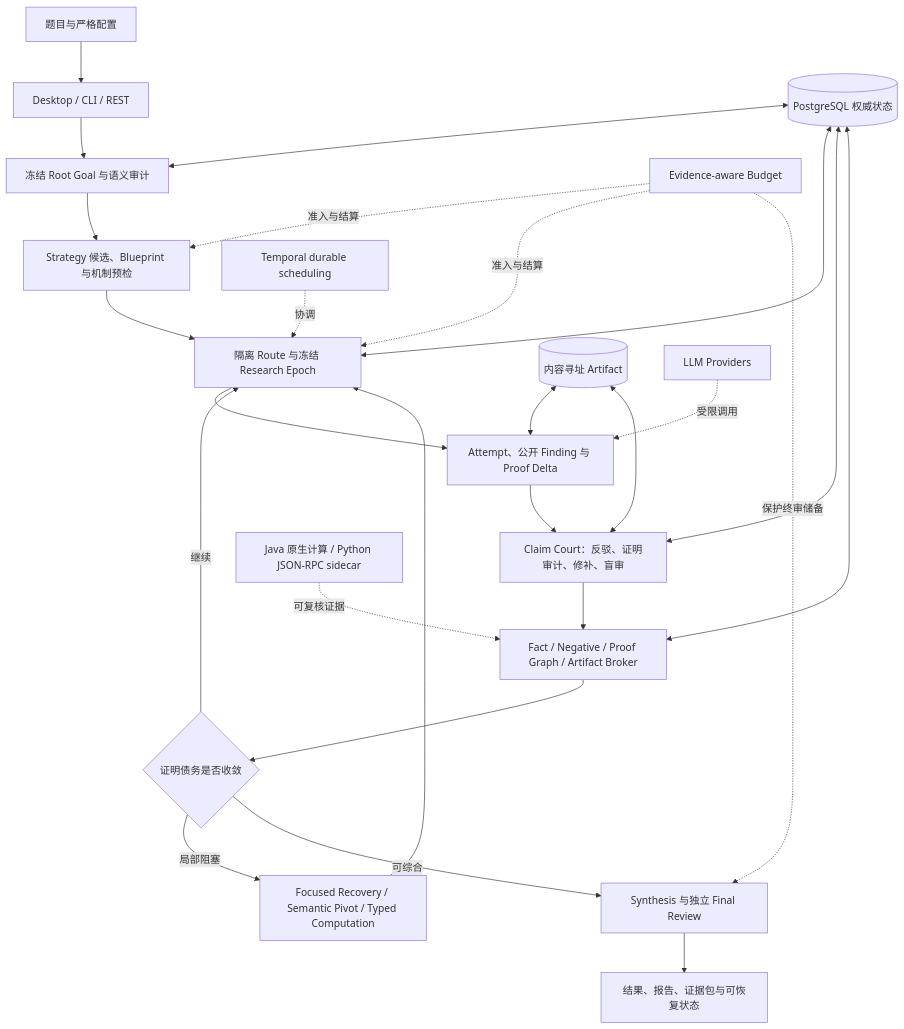
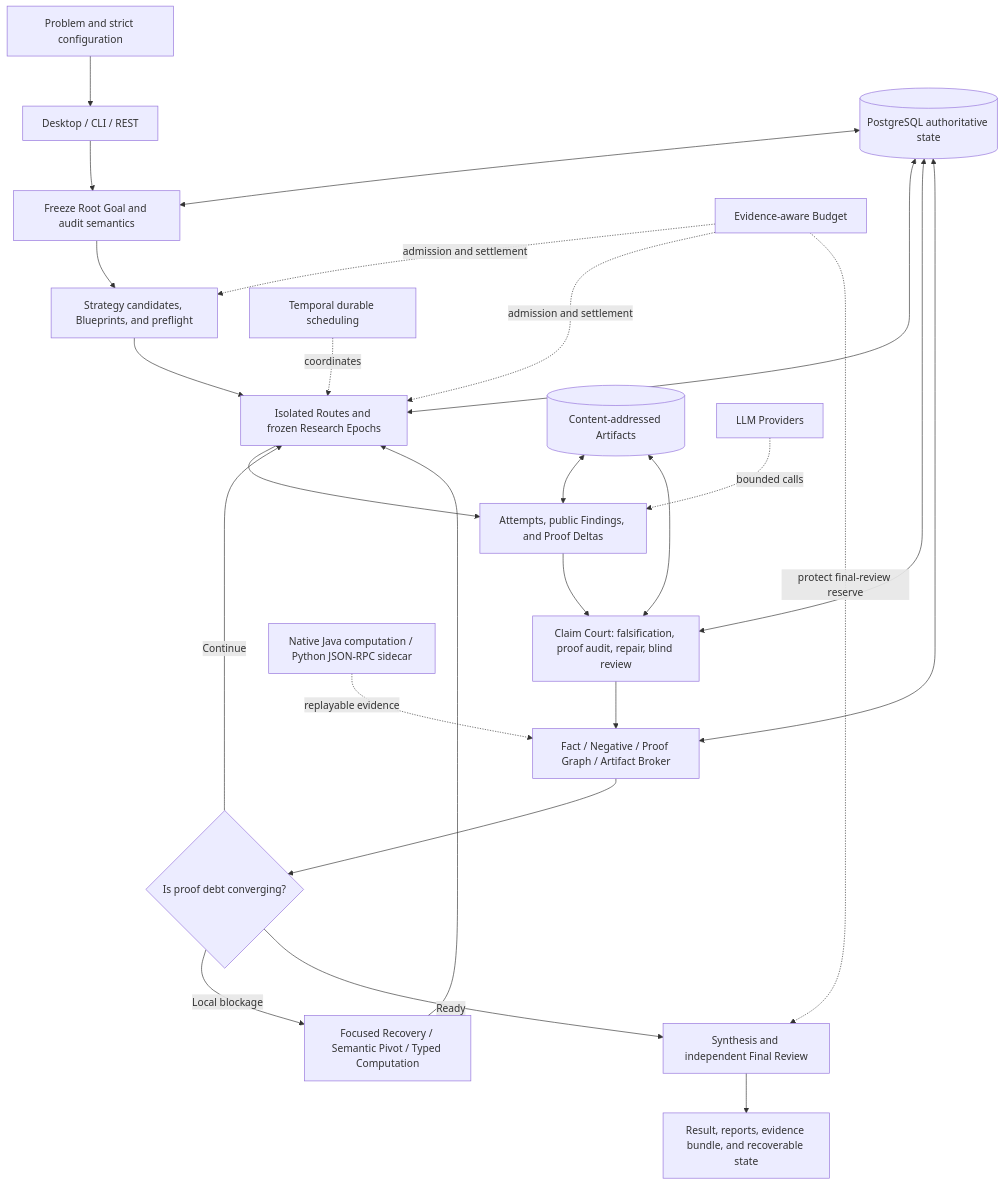
One commit to aililuola/Math-Agents changed the first of 2 diagrams in README.md. Above: the diagram before and after it, drawn with Mermaid. The commit also changed other lines of this file and 1 other file, not shown here.

````diff
--- a/README.md
+++ b/README.md
@@ -96,29 +96,29 @@
 ```mermaid
 flowchart TB
-    U[题目与严格配置] --> I[Desktop / CLI / REST]
-    I --> G[冻结 Root Goal 与语义审计]
-    G --> S[Strategy 候选、Blueprint 与机制预检]
-    S --> R[隔离 Route 与冻结 Research Epoch]
-    R --> P[Attempt、公开 Finding 与 Proof Delta]
-    P --> C[Claim Court：反驳、证明审计、修补、盲审]
+    U[Problem and strict configuration] --> I[Desktop / CLI / REST]
+    I --> G[Freeze Root Goal and audit semantics]
+    G --> S[Strategy candidates, Blueprints, and preflight]
+    S --> R[Isolated Routes and frozen Research Epochs]
+    R --> P[Attempts, public Findings, and Proof Deltas]
+    P --> C[Claim Court: falsification, proof audit, repair, blind review]
     C --> E[Fact / Negative / Proof Graph / Artifact Broker]
-    E --> Q{证明债务是否收敛}
-    Q -->|继续| R
-    Q -->|局部阻塞| F[Focused Recovery / Semantic Pivot / Typed Computation]
+    E --> Q{Is proof debt converging?}
+    Q -->|Continue| R
+    Q -->|Local blockage| F[Focused Recovery / Semantic Pivot / Typed Computation]
     F --> R
-    Q -->|可综合| Y[Synthesis 与独立 Final Review]
-    Y --> O[结果、报告、证据包与可恢复状态]
+    Q -->|Ready| Y[Synthesis and independent Final Review]
+    Y --> O[Result, reports, evidence bundle, and recoverable state]
 
-    B[Evidence-aware Budget] -.准入与结算.-> S
-    B -.准入与结算.-> R
-    B -.保护终审储备.-> Y
-    D[(PostgreSQL 权威状态)] <--> G
+    B[Evidence-aware Budget] -.admission and settlement.-> S
+    B -.admission and settlement.-> R
+    B -.protect final-review reserve.-> Y
+    D[(PostgreSQL authoritative state)] <--> G
     D <--> R
     D <--> C
     D <--> E
-    A[(内容寻址 Artifact)] <--> P
+    A[(Content-addressed Artifacts)] <--> P
     A <--> C
-    T[Temporal durable scheduling] -.协调.-> R
-    L[LLM Providers] -.受限调用.-> P
-    X[Java 原生计算 / Python JSON-RPC sidecar] -.可复核证据.-> E
+    T[Temporal durable scheduling] -.coordinates.-> R
+    L[LLM Providers] -.bounded calls.-> P
+    X[Native Java computation / Python JSON-RPC sidecar] -.replayable evidence.-> E
 ```
````
